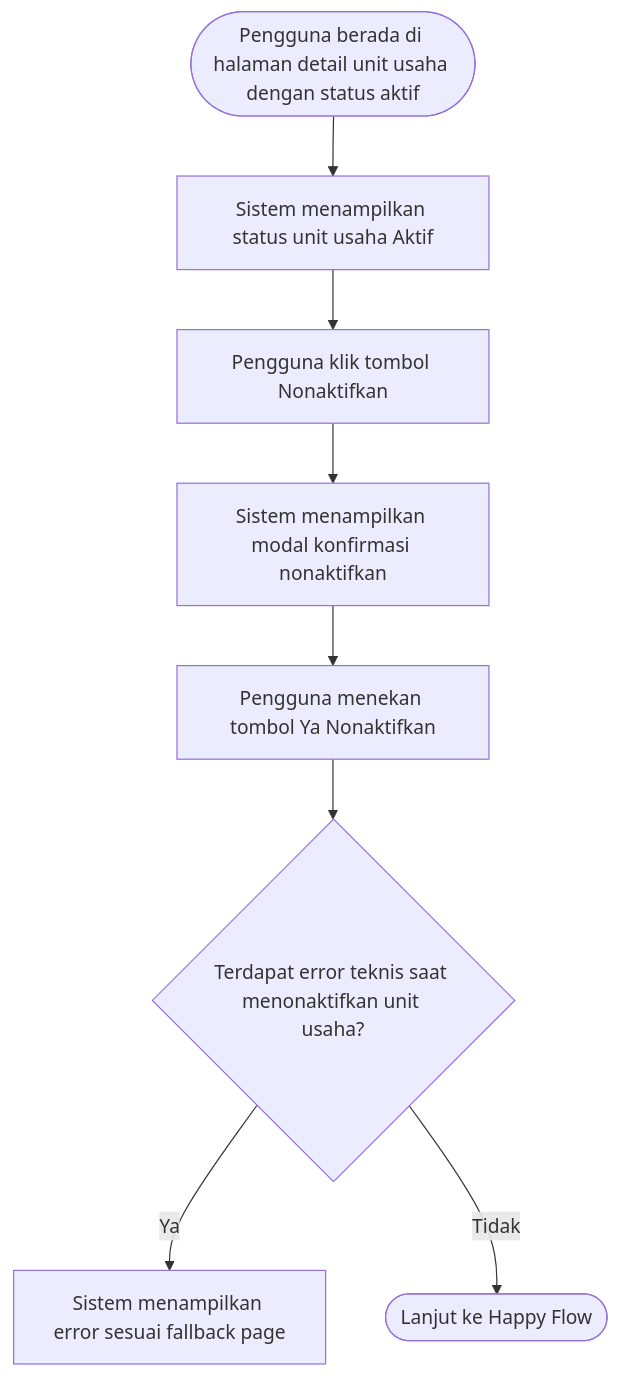
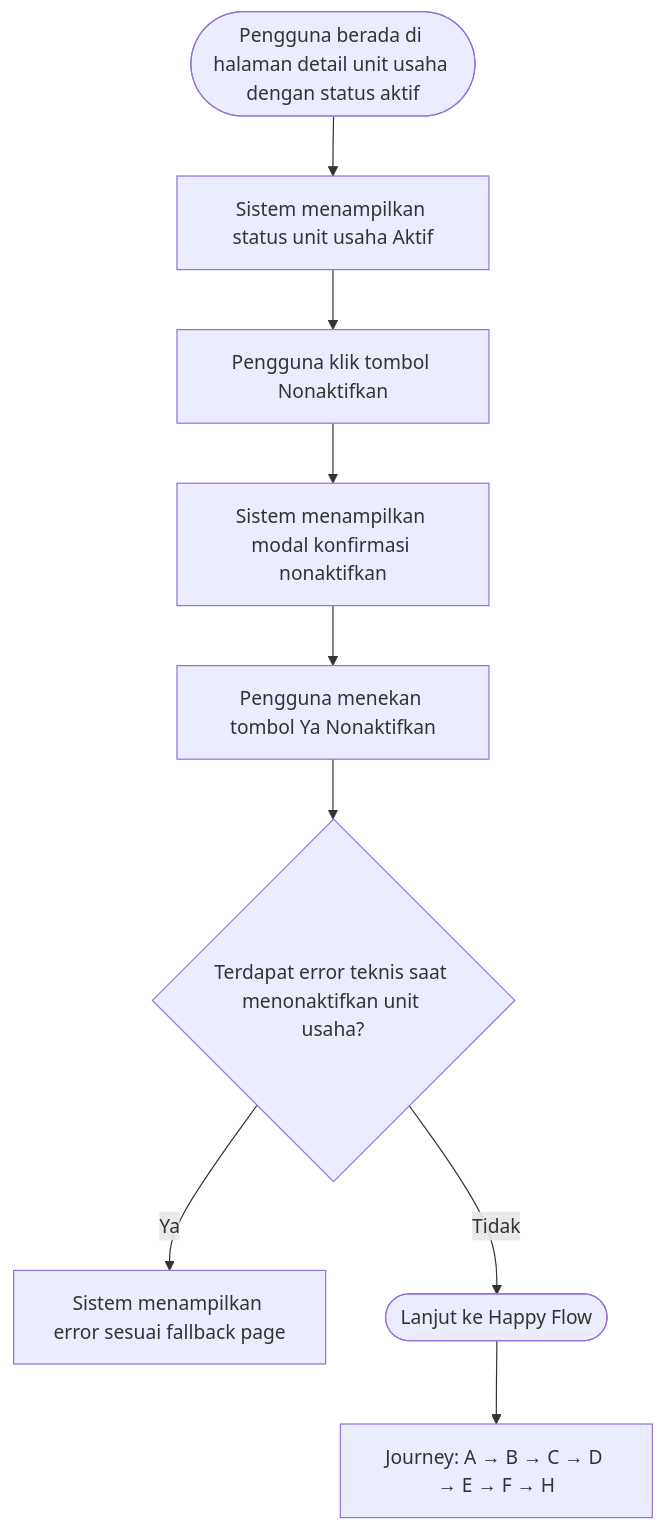
One commit to agestyarizki/groapp-markdown changed diagram 38 of 39 in PRD-D.md. Above: the diagram before and after it, drawn with Mermaid. The commit also changed other lines of this file, not shown here.

````diff
--- a/PRD-D.md
+++ b/PRD-D.md
@@ -4569,12 +4932,15 @@
 ```mermaid
 flowchart TD
     A([Pengguna berada di halaman detail unit usaha dengan status aktif])
-    A--> B[Sistem menampilkan status unit usaha Aktif]
+        --> B[Sistem menampilkan status unit usaha Aktif]
     B --> C[Pengguna klik tombol Nonaktifkan]
     C --> D[Sistem menampilkan modal konfirmasi nonaktifkan]
     D --> E[Pengguna menekan tombol Ya Nonaktifkan]
     E --> F{Terdapat error teknis saat menonaktifkan unit usaha?}
     F -->|Ya| G[Sistem menampilkan error sesuai fallback page]
     F -->|Tidak| H([Lanjut ke Happy Flow])
+    %% Journey Flow
+    I["Journey: A → B → C → D → E → F → H"]
+    H --> I
 
 ```
````
